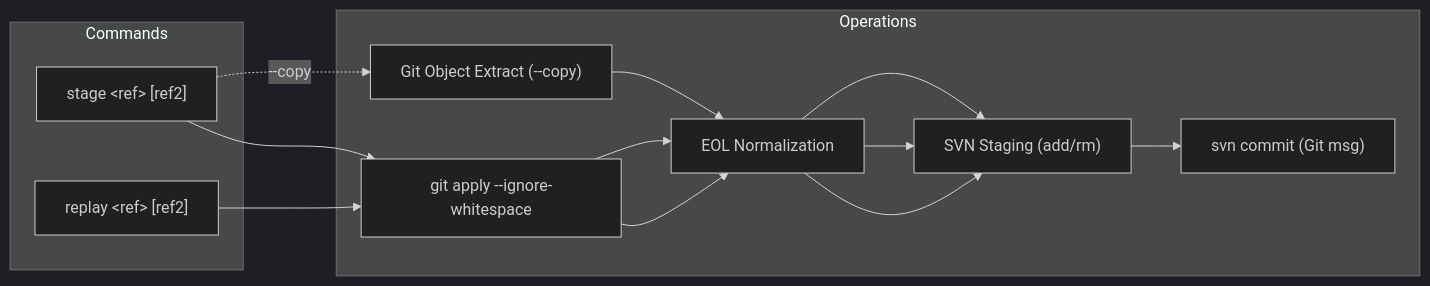
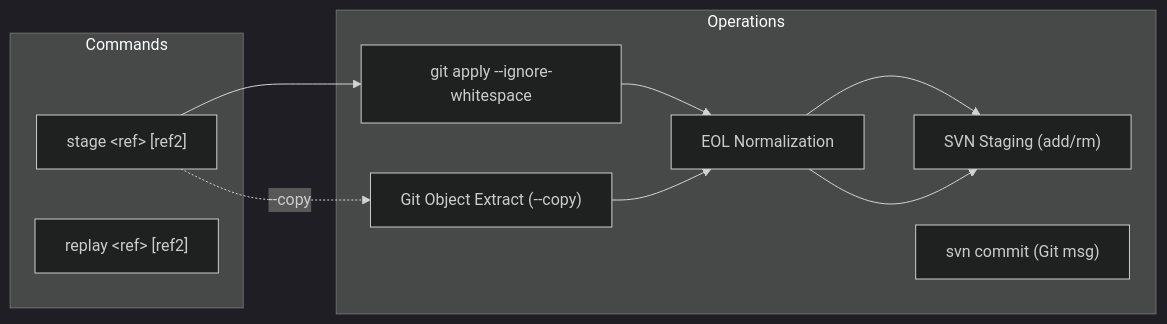
The second of 2 diagrams in README.md (simon123h/git2svn), drawn with Mermaid (dark theme) before and after one commit. The commit also changed other lines of this file and 10 other files, not shown here.

````diff
--- a/README.md
+++ b/README.md
@@ -42,19 +42,18 @@
 ```mermaid
 flowchart LR
     subgraph Commands
         ST["stage &lt;ref&gt; [ref2]"]
         RP["replay &lt;ref&gt; [ref2]"]
     end
 
     subgraph Operations
         P["git apply --ignore-whitespace"]
         C["Git Object Extract (--copy)"]
         E["EOL Normalization"]
         S["SVN Staging (add/rm)"]
         CM["svn commit (Git msg)"]
     end
 
     ST --> P --> E --> S
     ST -.->|--copy| C --> E --> S
-    RP --> P --> E --> S --> CM
 ```
````
